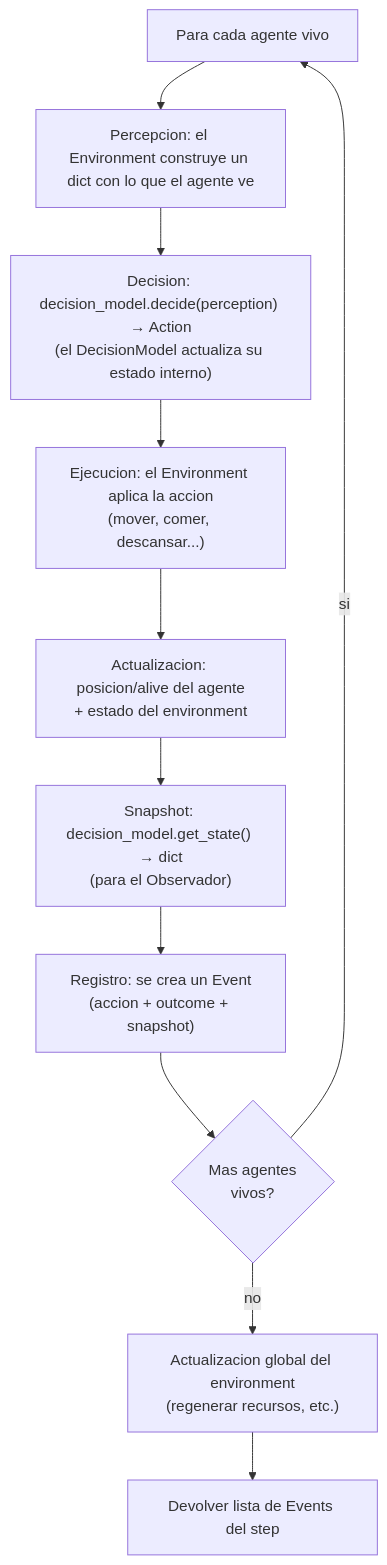
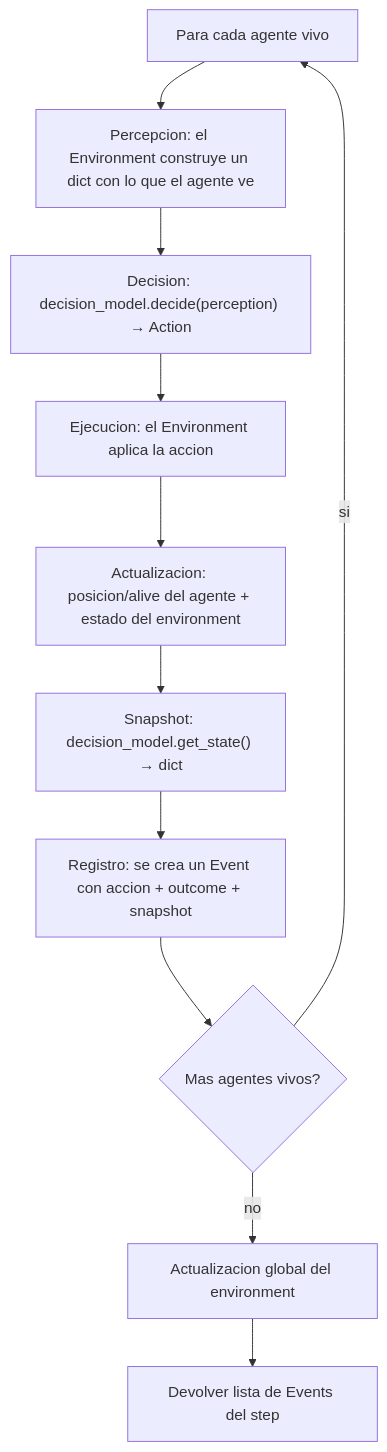
Before and after one commit to srfreire/labTFG: the second of 4 diagrams in phase2-juan/docs/DESIGN.md, drawn with Mermaid. The commit also changed other lines of this file, not shown here.

Commit message:
style: clean Mermaid diagrams - remove \n and colors

````diff
--- a/phase2-juan/docs/DESIGN.md
+++ b/phase2-juan/docs/DESIGN.md
@@ -201,13 +201,13 @@
 ```mermaid
 flowchart TD
     START["Para cada agente vivo"] --> A["Percepcion: el Environment construye un dict con lo que el agente ve"]
-    A --> B["Decision: decision_model.decide(perception) → Action\n(el DecisionModel actualiza su estado interno)"]
-    B --> C["Ejecucion: el Environment aplica la accion\n(mover, comer, descansar...)"]
-    C --> D["Actualizacion: posicion/alive del agente\n+ estado del environment"]
-    D --> E["Snapshot: decision_model.get_state() → dict\n(para el Observador)"]
-    E --> F["Registro: se crea un Event\n(accion + outcome + snapshot)"]
-    F --> G{"Mas agentes\nvivos?"}
+    A --> B["Decision: decision_model.decide(perception) → Action"]
+    B --> C["Ejecucion: el Environment aplica la accion"]
+    C --> D["Actualizacion: posicion/alive del agente + estado del environment"]
+    D --> E["Snapshot: decision_model.get_state() → dict"]
+    E --> F["Registro: se crea un Event con accion + outcome + snapshot"]
+    F --> G{"Mas agentes vivos?"}
     G -- si --> START
-    G -- no --> H["Actualizacion global del environment\n(regenerar recursos, etc.)"]
+    G -- no --> H["Actualizacion global del environment"]
     H --> FIN["Devolver lista de Events del step"]
 ```
````
